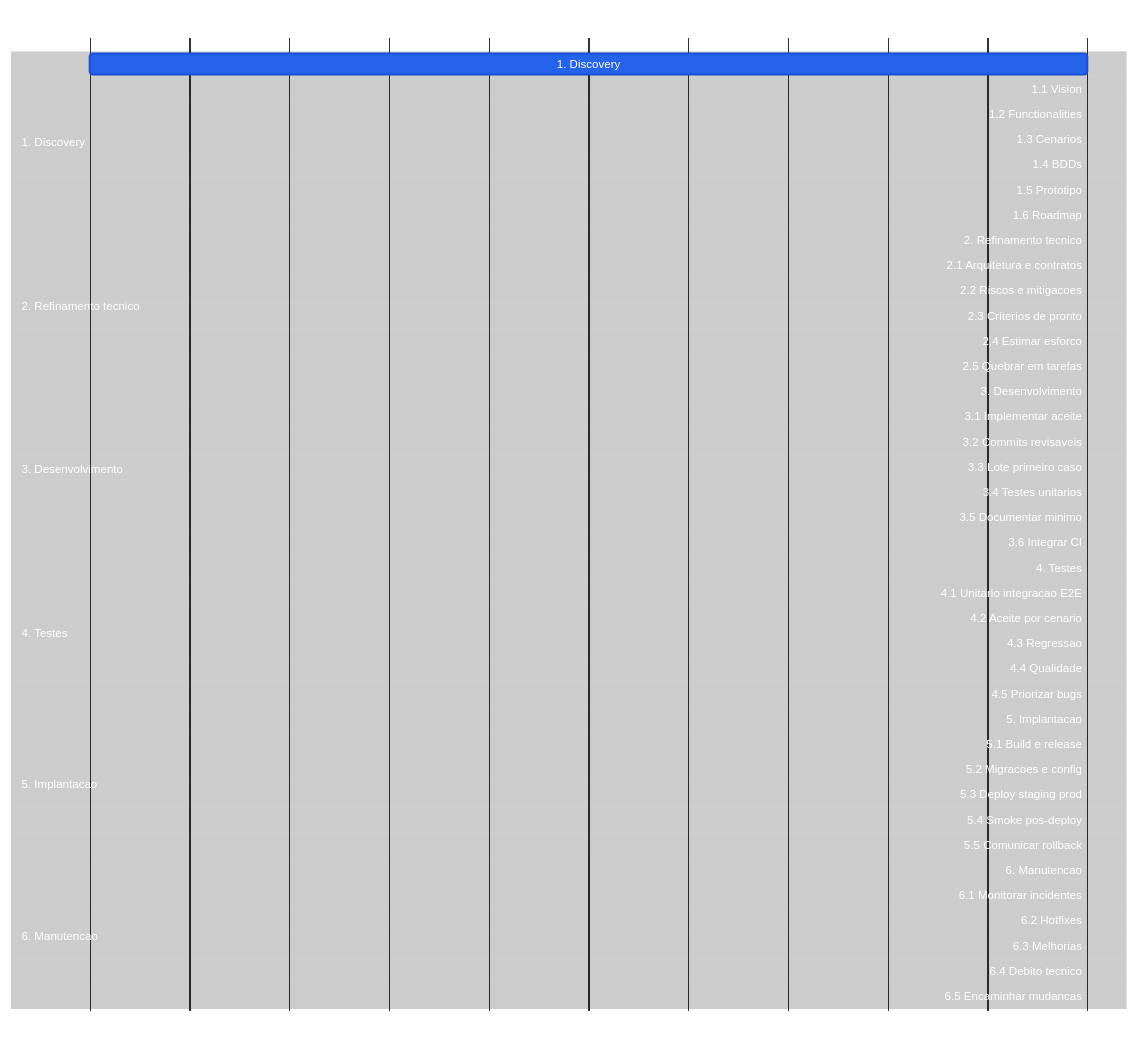
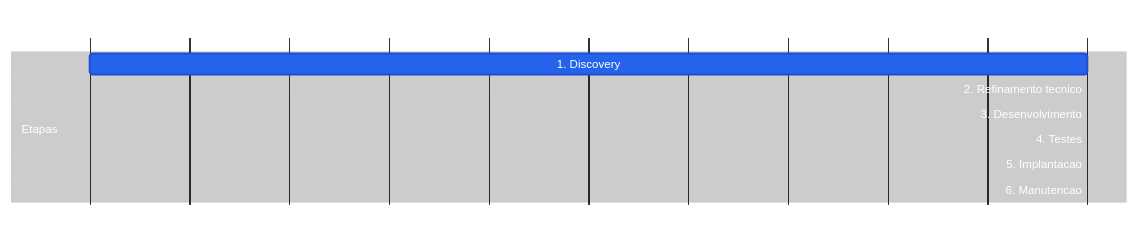
Before and after one commit to laerciogermano/workstation: the first of 2 diagrams in core/processo/README.md, drawn with Mermaid. The commit also changed other lines of this file, not shown here.

Commit message:
No processo, o Gantt mostra só as etapas maiores em sequência.
Discovery → refinamento → desenvolvimento → testes → implantação → manutenção.

````diff
--- a/core/processo/README.md
+++ b/core/processo/README.md
@@ -108,57 +108,15 @@
     activeTaskBorderColor: '#64748b'
 ---
 gantt
-  title Processo de desenvolvimento — fases e passos sequenciais
+  title Processo — etapas sequenciais
   dateFormat X
   axisFormat %s
 
-  section 1. Discovery
+  section Etapas
   1. Discovery                  :done, p1, 0, 1
-  1.1 Vision                    :d11, after p1, 1
-  1.2 Functionalities           :d12, after d11, 1
-  1.3 Cenarios                  :d13, after d12, 1
-  1.4 BDDs                      :d14, after d13, 1
-  1.5 Prototipo                 :d15, after d14, 1
-  1.6 Roadmap                   :d16, after d15, 1
-
-  section 2. Refinamento tecnico
-  2. Refinamento tecnico        :done, p2, after d16, 1
-  2.1 Arquitetura e contratos   :d21, after p2, 1
-  2.2 Riscos e mitigacoes       :d22, after d21, 1
-  2.3 Criterios de pronto       :d23, after d22, 1
-  2.4 Estimar esforco           :d24, after d23, 1
-  2.5 Quebrar em tarefas        :d25, after d24, 1
-
-  section 3. Desenvolvimento
-  3. Desenvolvimento            :done, p3, after d25, 1
-  3.1 Implementar aceite        :d31, after p3, 1
-  3.2 Commits revisaveis        :d32, after d31, 1
-  3.3 Lote primeiro caso        :d33, after d32, 1
-  3.4 Testes unitarios          :d34, after d33, 1
-  3.5 Documentar minimo         :d35, after d34, 1
-  3.6 Integrar CI               :d36, after d35, 1
-
-  section 4. Testes
-  4. Testes                     :done, p4, after d36, 1
-  4.1 Unitario integracao E2E   :d41, after p4, 1
-  4.2 Aceite por cenario        :d42, after d41, 1
-  4.3 Regressao                 :d43, after d42, 1
-  4.4 Qualidade                 :d44, after d43, 1
-  4.5 Priorizar bugs            :d45, after d44, 1
-
-  section 5. Implantacao
-  5. Implantacao                :done, p5, after d45, 1
-  5.1 Build e release           :d51, after p5, 1
-  5.2 Migracoes e config        :d52, after d51, 1
-  5.3 Deploy staging prod       :d53, after d52, 1
-  5.4 Smoke pos-deploy          :d54, after d53, 1
-  5.5 Comunicar rollback        :d55, after d54, 1
-
-  section 6. Manutencao
-  6. Manutencao                 :done, p6, after d55, 1
-  6.1 Monitorar incidentes      :d61, after p6, 1
-  6.2 Hotfixes                  :d62, after d61, 1
-  6.3 Melhorias                 :d63, after d62, 1
-  6.4 Debito tecnico            :d64, after d63, 1
-  6.5 Encaminhar mudancas       :d65, after d64, 1
+  2. Refinamento tecnico        :done, p2, after p1, 1
+  3. Desenvolvimento            :done, p3, after p2, 1
+  4. Testes                     :done, p4, after p3, 1
+  5. Implantacao                :done, p5, after p4, 1
+  6. Manutencao                 :done, p6, after p5, 1
 ```
````
